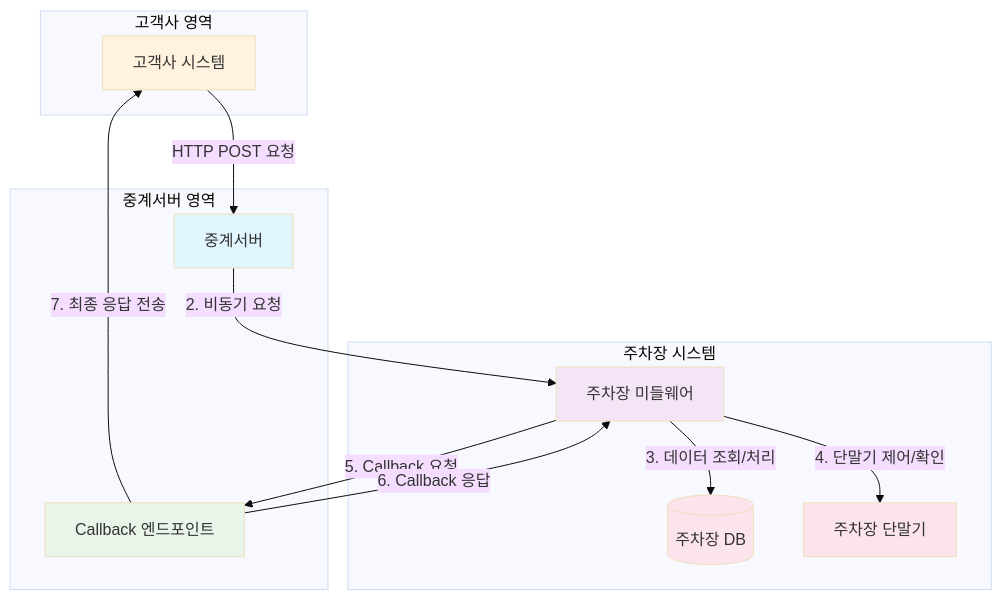
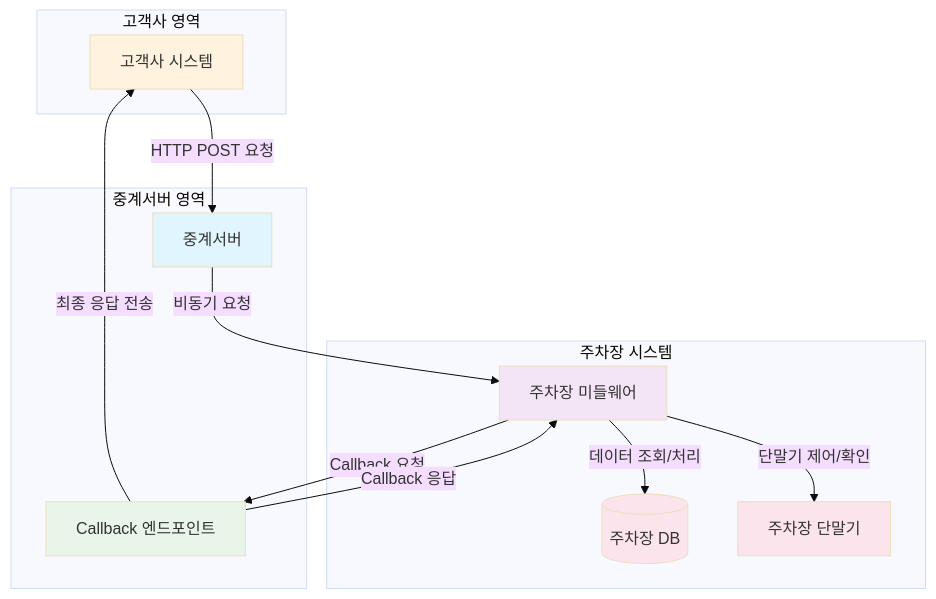
One commit to hongsoonmyung/test changed the first of 6 diagrams in README.md. Above: the diagram before and after it, drawn with Mermaid (base theme).

````diff
--- a/README.md
+++ b/README.md
@@ -16,38 +16,38 @@
 ```mermaid
 graph TB
     subgraph "고객사 영역"
         Client[고객사 시스템]
     end
     
     subgraph "중계서버 영역"
         Relay[중계서버]
         Callback[Callback 엔드포인트]
     end
     
     subgraph "주차장 시스템"
         MW[주차장 미들웨어]
         ParkingDB[(주차장 DB)]
         Terminal[주차장 단말기]
     end
     
     Client -->|HTTP POST 요청| Relay
-    Relay -->|2. 비동기 요청| MW
-    MW -->|3. 데이터 조회/처리| ParkingDB
-    MW -->|4. 단말기 제어/확인| Terminal
-    MW -->|5. Callback 요청| Callback
-    Callback -->|6. Callback 응답| MW
-    Callback -->|7. 최종 응답 전송| Client
+    Relay -->|비동기 요청| MW
+    MW -->|데이터 조회/처리| ParkingDB
+    MW -->|단말기 제어/확인| Terminal
+    MW -->|Callback 요청| Callback
+    Callback -->|Callback 응답| MW
+    Callback -->|최종 응답 전송| Client
     
     classDef relayStyle fill:#e1f5fe
     classDef mwStyle fill:#f3e5f5
     classDef callbackStyle fill:#e8f5e8
     classDef clientStyle fill:#fff3e0
     classDef parkingStyle fill:#fce4ec
     
     class Relay relayStyle
     class MW mwStyle
     class Callback callbackStyle
     class Client clientStyle
     class ParkingDB parkingStyle
     class Terminal parkingStyle
 ```
````
